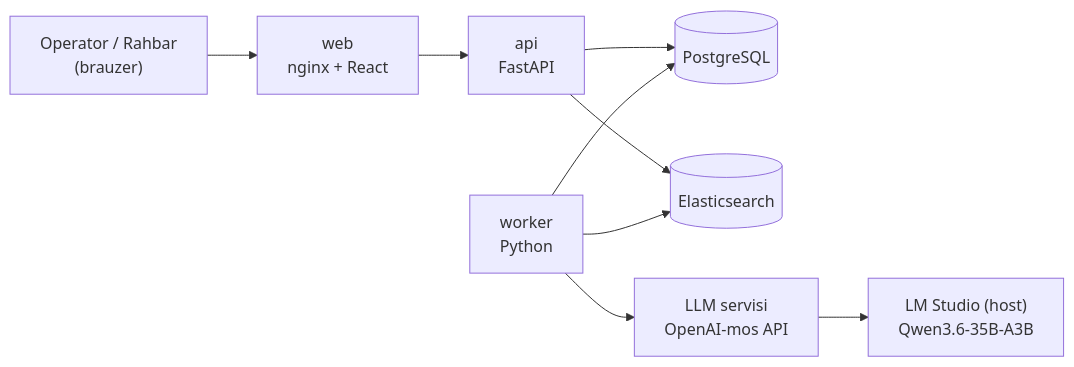
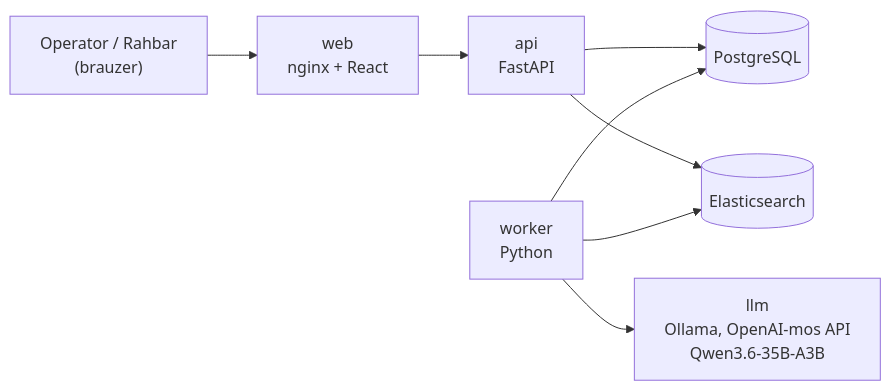
Before and after one commit to super-mario-4/ticketlens-assignment: the first of 2 diagrams in docs/TRD.md, drawn with Mermaid. The commit also changed other lines of this file and 11 other files, not shown here.

````diff
--- a/docs/TRD.md
+++ b/docs/TRD.md
@@ -27,11 +27,10 @@
 ```mermaid
 flowchart LR
     U["Operator / Rahbar<br/>(brauzer)"] --> WEB["web<br/>nginx + React"]
     WEB --> API["api<br/>FastAPI"]
     API --> PG[("PostgreSQL")]
     API --> ES[("Elasticsearch")]
     WK["worker<br/>Python"] --> PG
     WK --> ES
-    WK --> LLM["LLM servisi<br/>OpenAI-mos API"]
-    LLM --> LMS["LM Studio (host)<br/>Qwen3.6-35B-A3B"]
+    WK --> LLM["llm<br/>Ollama, OpenAI-mos API<br/>Qwen3.6-35B-A3B"]
 ```
````
